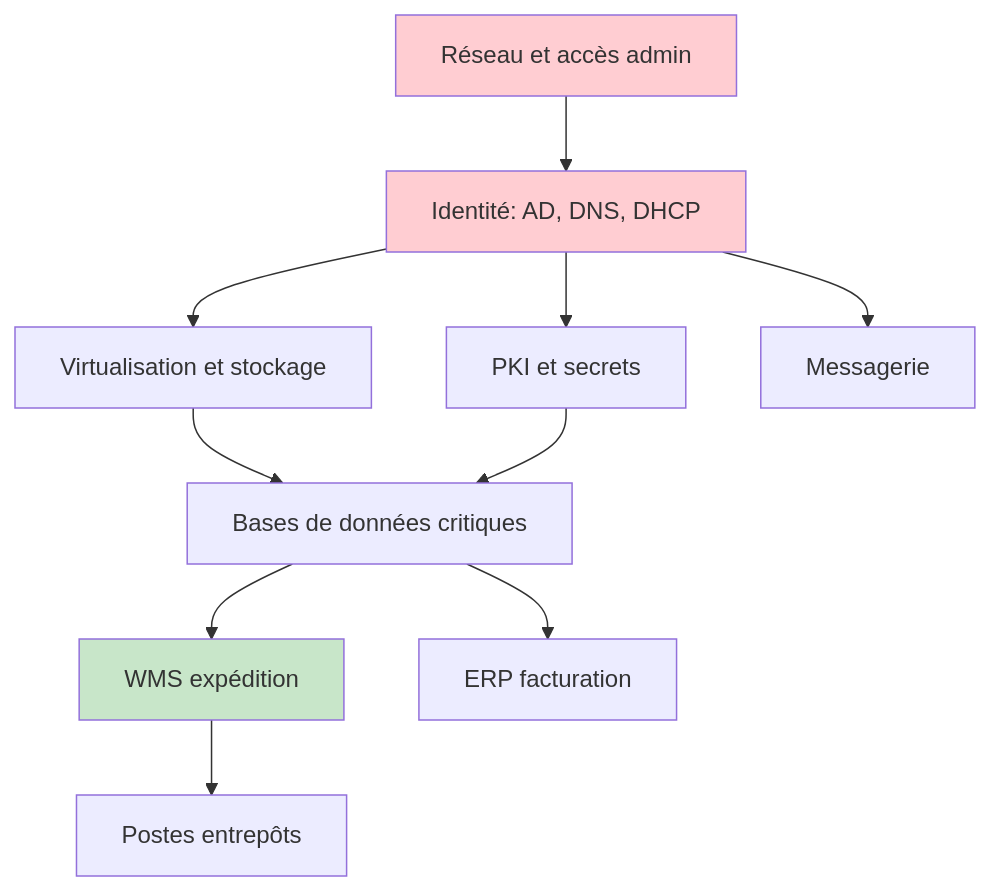
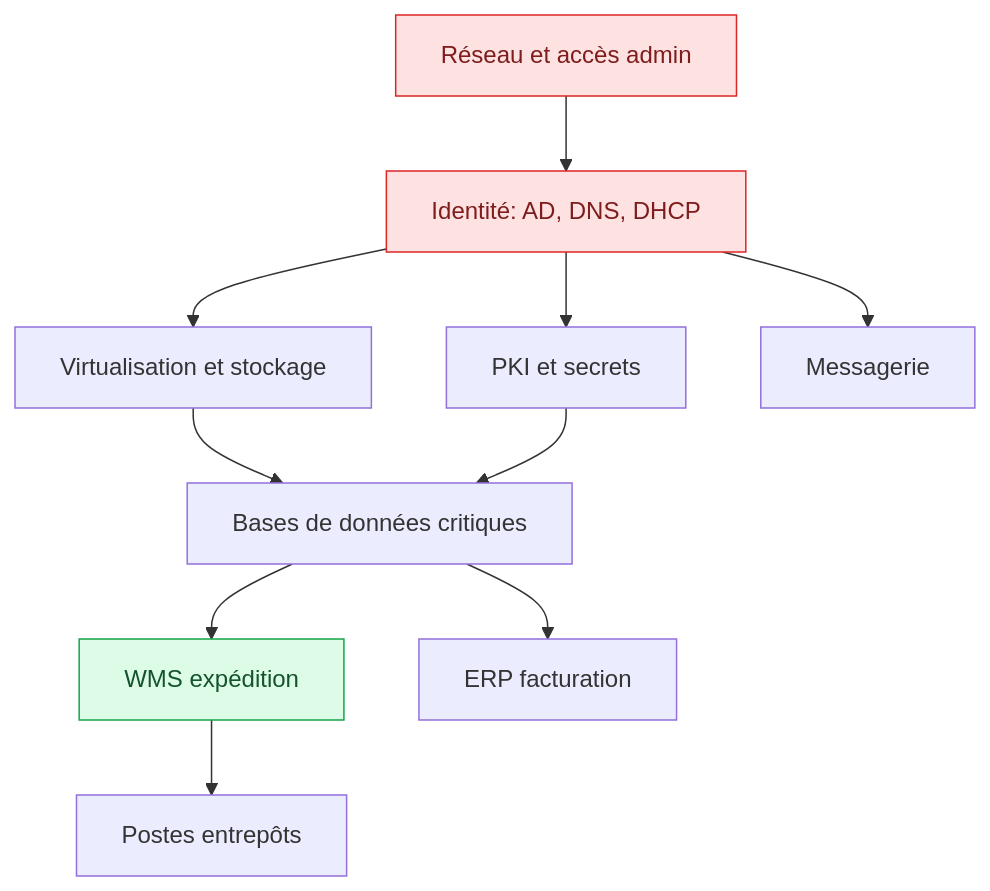
Before and after one commit to Gooseppr/GevOps_LC: the second of 2 diagrams in courses/reseaux-cybersecurite/38_continuite_resilience.md, drawn with Mermaid. The commit also changed other lines of this file and 56 other files, not shown here.

````diff
--- a/courses/reseaux-cybersecurite/38_continuite_resilience.md
+++ b/courses/reseaux-cybersecurite/38_continuite_resilience.md
@@ -385,15 +385,15 @@
 ```mermaid
 flowchart TD
     N["Réseau et accès admin"] --> I["Identité: AD, DNS, DHCP"]
     I --> V["Virtualisation et stockage"]
     I --> K["PKI et secrets"]
     V --> DB["Bases de données critiques"]
     K --> DB
     DB --> W["WMS expédition"]
     DB --> E["ERP facturation"]
     I --> M["Messagerie"]
     W --> U["Postes entrepôts"]
-    style N fill:#ffcdd2
-    style I fill:#ffcdd2
-    style W fill:#c8e6c9
+    style N fill:#fee2e2,stroke:#dc2626,color:#7f1d1d
+    style I fill:#fee2e2,stroke:#dc2626,color:#7f1d1d
+    style W fill:#dcfce7,stroke:#16a34a,color:#14532d
 ```
````
